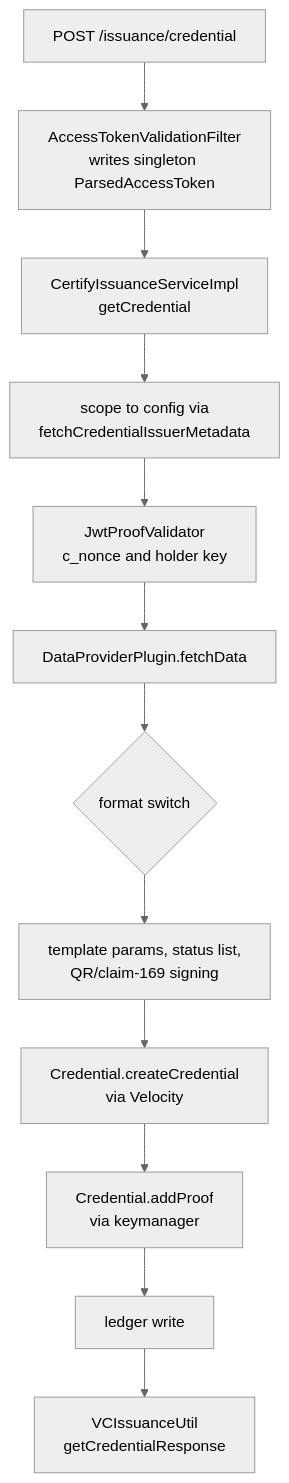
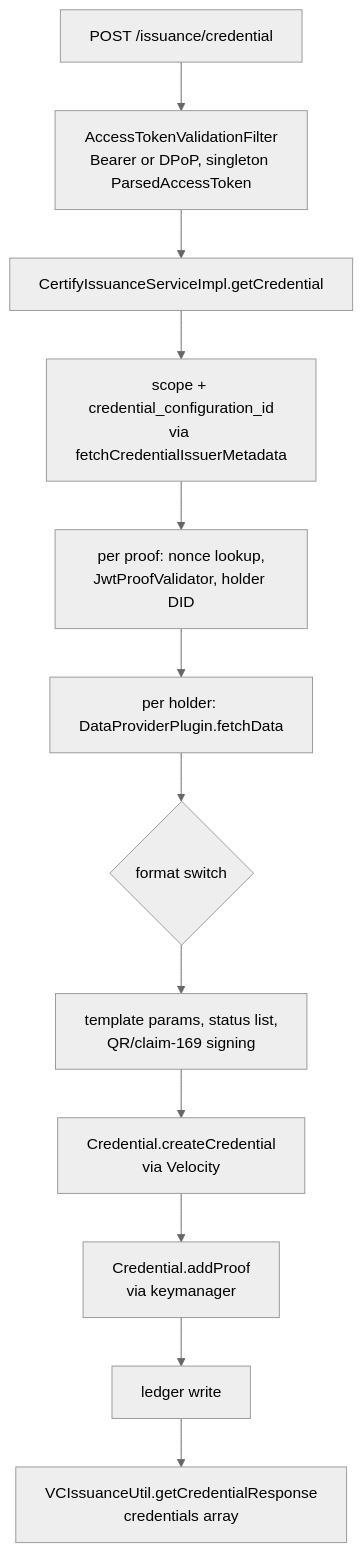
Before and after one commit to jainhitesh9998/inji-certify: the first of 4 diagrams in docs/Architecture-Extensibility-Review.md, drawn with Mermaid (neutral theme). The commit also changed other lines of this file, not shown here.

````diff
--- a/docs/Architecture-Extensibility-Review.md
+++ b/docs/Architecture-Extensibility-Review.md
@@ -38,14 +52,14 @@
 ```mermaid
 flowchart TD
-  A[POST /issuance/credential] --> B[AccessTokenValidationFilter<br/>writes singleton ParsedAccessToken]
-  B --> C[CertifyIssuanceServiceImpl<br/>getCredential]
-  C --> D[scope to config via<br/>fetchCredentialIssuerMetadata]
-  D --> E[JwtProofValidator<br/>c_nonce and holder key]
-  E --> F[DataProviderPlugin.fetchData]
+  A[POST /issuance/credential] --> B[AccessTokenValidationFilter<br/>Bearer or DPoP, singleton ParsedAccessToken]
+  B --> C[CertifyIssuanceServiceImpl.getCredential]
+  C --> D[scope + credential_configuration_id<br/>via fetchCredentialIssuerMetadata]
+  D --> E[per proof: nonce lookup,<br/>JwtProofValidator, holder DID]
+  E --> F[per holder: DataProviderPlugin.fetchData]
   F --> G{format switch}
   G --> H[template params, status list,<br/>QR/claim-169 signing]
   H --> I[Credential.createCredential<br/>via Velocity]
   I --> J[Credential.addProof<br/>via keymanager]
   J --> K[ledger write]
-  K --> L[VCIssuanceUtil<br/>getCredentialResponse]
+  K --> L[VCIssuanceUtil.getCredentialResponse<br/>credentials array]
 ```
````
